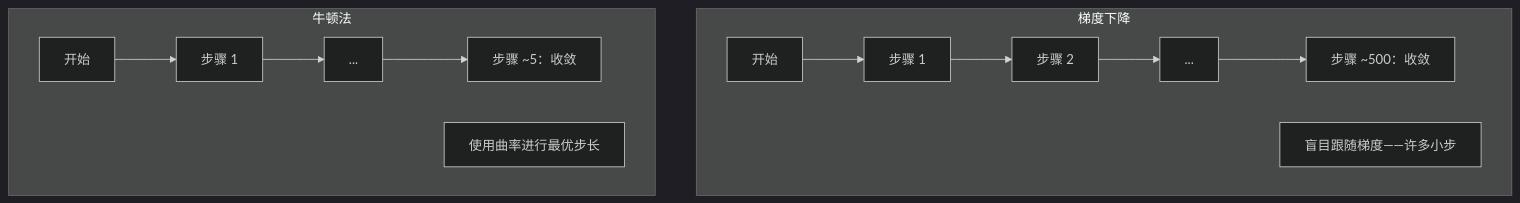
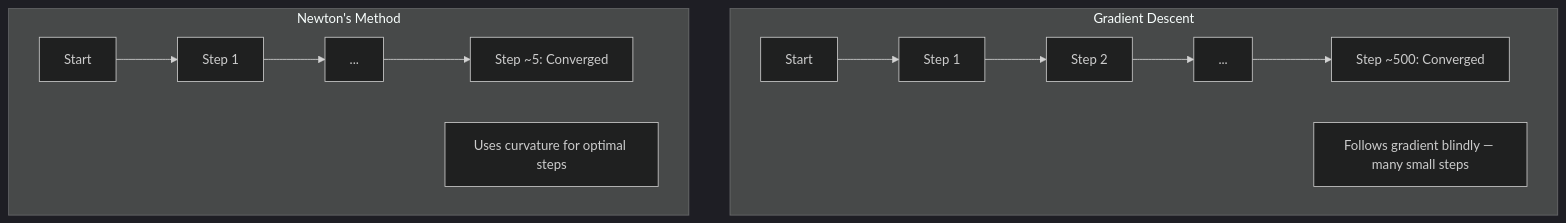
Before and after one commit to xiaojiaenen/ai-engineering-from-scratch-zh: the second of 4 diagrams in i18n/zh/phases/01-math-foundations/18-convex-optimization/docs/zh.md, drawn with Mermaid (dark theme). The commit also changed other lines of this file and 22 other files, not shown here.

````diff
--- a/i18n/zh/phases/01-math-foundations/18-convex-optimization/docs/zh.md
+++ b/i18n/zh/phases/01-math-foundations/18-convex-optimization/docs/zh.md
@@ -170,16 +170,16 @@
 ```mermaid
 graph TD
-    subgraph "梯度下降"
-        GD1["开始"] --> GD2["步骤 1"]
-        GD2 --> GD3["步骤 2"]
+    subgraph "Gradient Descent"
+        GD1["Start"] --> GD2["Step 1"]
+        GD2 --> GD3["Step 2"]
         GD3 --> GD4["..."]
-        GD4 --> GD5["步骤 ~500：收敛"]
-        GD_note["盲目跟随梯度——许多小步"]
+        GD4 --> GD5["Step ~500: Converged"]
+        GD_note["Follows gradient blindly — many small steps"]
     end
-    subgraph "牛顿法"
-        NM1["开始"] --> NM2["步骤 1"]
+    subgraph "Newton's Method"
+        NM1["Start"] --> NM2["Step 1"]
         NM2 --> NM3["..."]
-        NM3 --> NM4["步骤 ~5：收敛"]
-        NM_note["使用曲率进行最优步长"]
+        NM3 --> NM4["Step ~5: Converged"]
+        NM_note["Uses curvature for optimal steps"]
     end
 ```
````
